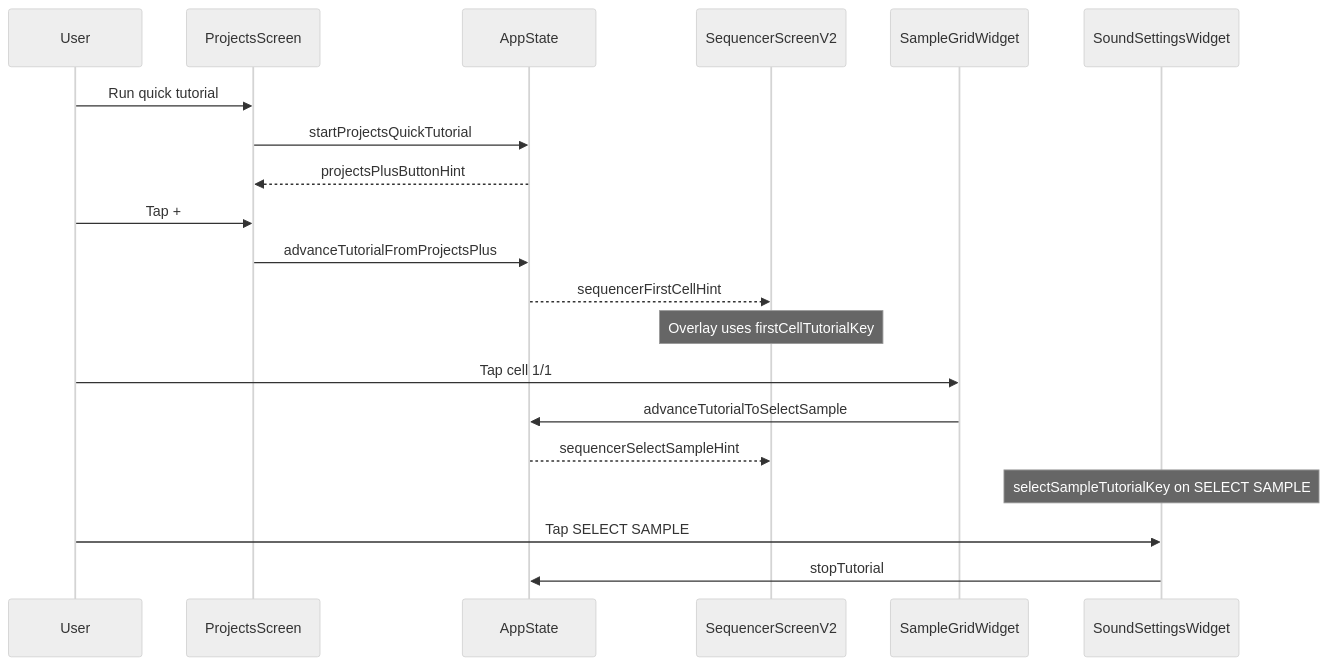
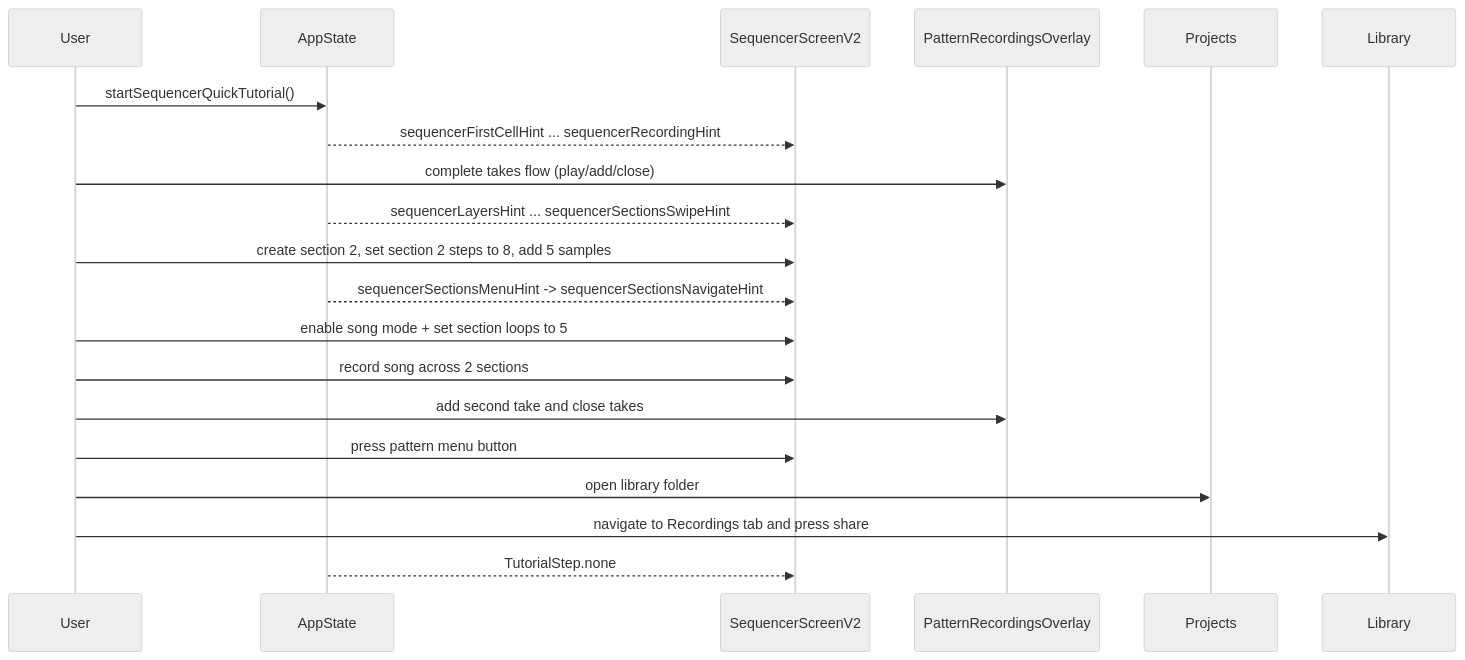
One commit to luddite478/HypnoPitch changed the second of 2 diagrams in app/docs/user_flow/first_launch_tutorial.md. Above: the diagram before and after it, drawn with Mermaid (neutral theme). The commit also changed other lines of this file and 48 other files, not shown here.

````diff
--- a/app/docs/user_flow/first_launch_tutorial.md
+++ b/app/docs/user_flow/first_launch_tutorial.md
@@ -80,26 +96,21 @@
 ```mermaid
 sequenceDiagram
   participant User
-  participant Projects as ProjectsScreen
   participant AppState
   participant Seq as SequencerScreenV2
-  participant Grid as SampleGridWidget
-  participant Settings as SoundSettingsWidget
+  participant Overlay as PatternRecordingsOverlay
 
-  User->>Projects: Run quick tutorial
-  Projects->>AppState: startProjectsQuickTutorial
-  AppState-->>Projects: projectsPlusButtonHint
-
-  User->>Projects: Tap +
-  Projects->>AppState: advanceTutorialFromProjectsPlus
-  AppState-->>Seq: sequencerFirstCellHint
-  Note over Seq: Overlay uses firstCellTutorialKey
-
-  User->>Grid: Tap cell 1/1
-  Grid->>AppState: advanceTutorialToSelectSample
-  AppState-->>Seq: sequencerSelectSampleHint
-  Note over Settings: selectSampleTutorialKey on SELECT SAMPLE
-
-  User->>Settings: Tap SELECT SAMPLE
-  Settings->>AppState: stopTutorial
+  User->>AppState: startSequencerQuickTutorial()
+  AppState-->>Seq: sequencerFirstCellHint ... sequencerRecordingHint
+  User->>Overlay: complete takes flow (play/add/close)
+  AppState-->>Seq: sequencerLayersHint ... sequencerSectionsSwipeHint
+  User->>Seq: create section 2, set section 2 steps to 8, add 5 samples
+  AppState-->>Seq: sequencerSectionsMenuHint -> sequencerSectionsNavigateHint
+  User->>Seq: enable song mode + set section loops to 5
+  User->>Seq: record song across 2 sections
+  User->>Overlay: add second take and close takes
+  User->>Seq: press pattern menu button
+  User->>Projects: open library folder
+  User->>Library: navigate to Recordings tab and press share
+  AppState-->>Seq: TutorialStep.none
 ```
````
